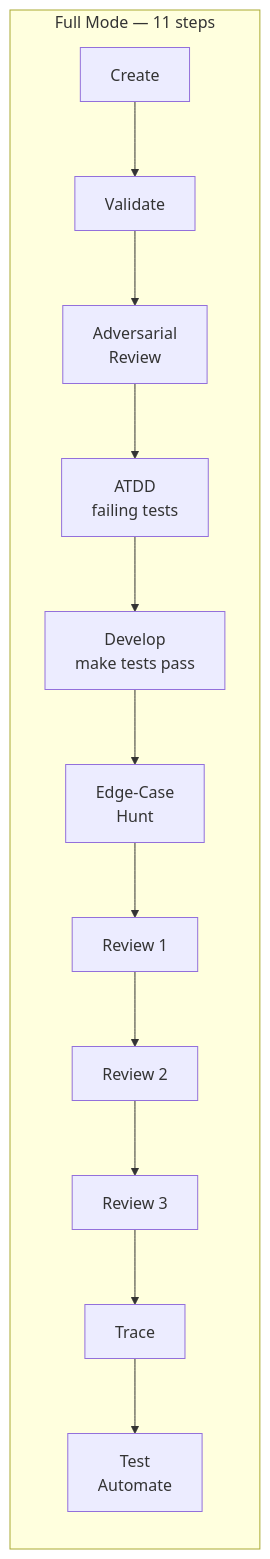
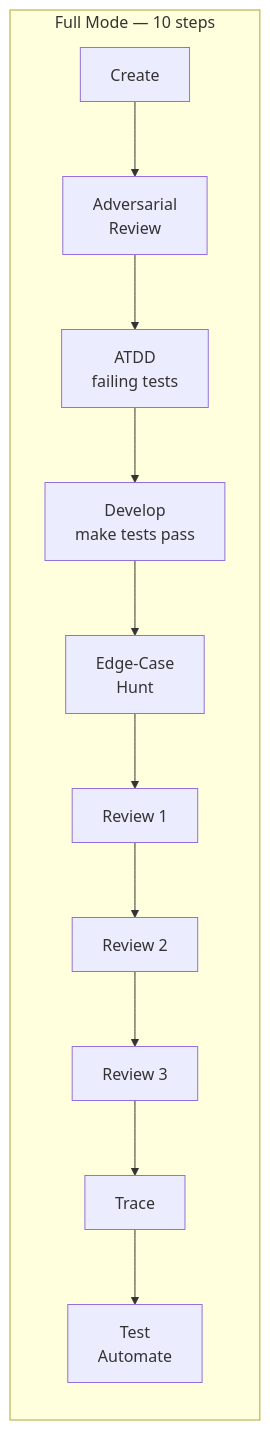
One commit to bramvera/auto-bmad changed the second of 2 diagrams in README.md. Above: the diagram before and after it, drawn with Mermaid. The commit also changed other lines of this file and 18 other files, not shown here.

````diff
--- a/README.md
+++ b/README.md
@@ -35,9 +35,9 @@
 ```mermaid
 graph LR
-    subgraph "Full Mode — 11 steps"
-        F1[Create] --> F2[Validate] --> F3[Adversarial<br/>Review]
-        F3 --> F4[ATDD<br/>failing tests] --> F5[Develop<br/>make tests pass] --> F6[Edge-Case<br/>Hunt]
-        F6 --> F7[Review 1] --> F8[Review 2] --> F9[Review 3]
-        F9 --> F10[Trace] --> F11[Test<br/>Automate]
+    subgraph "Full Mode — 10 steps"
+        F1[Create] --> F2[Adversarial<br/>Review]
+        F2 --> F3[ATDD<br/>failing tests] --> F4[Develop<br/>make tests pass] --> F5[Edge-Case<br/>Hunt]
+        F5 --> F6[Review 1] --> F7[Review 2] --> F8[Review 3]
+        F8 --> F9[Trace] --> F10[Test<br/>Automate]
     end
 ```
````
